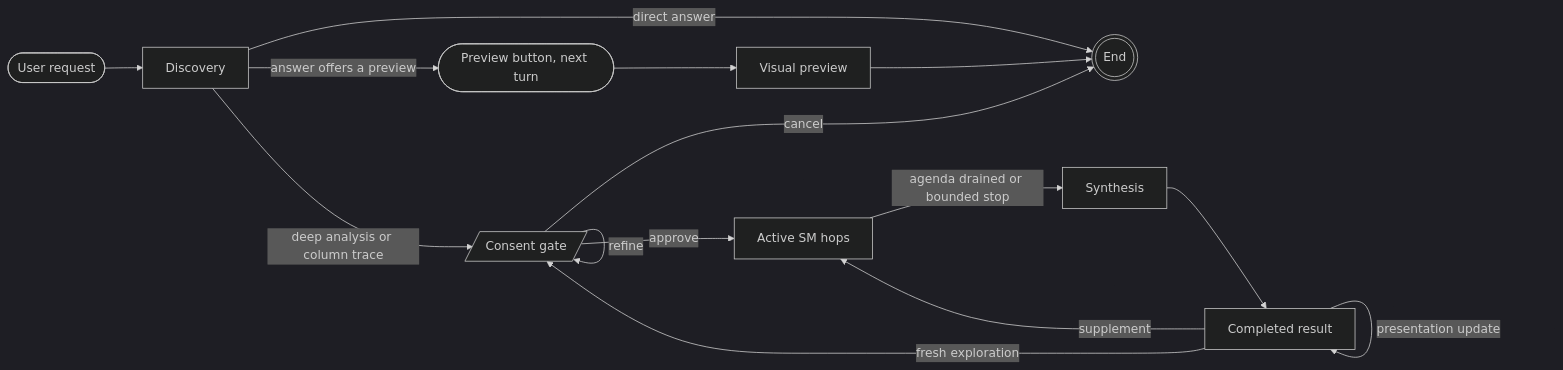
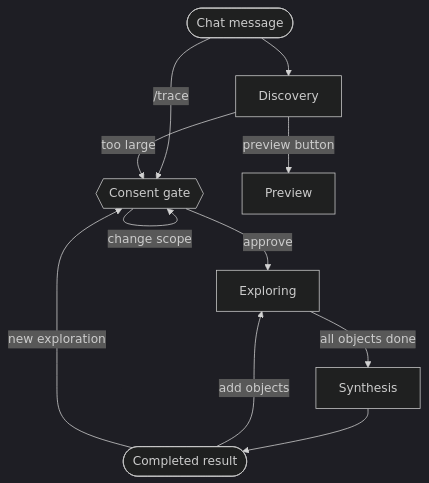
The second of 2 diagrams in docs/ARCHITECTURE.md (ChrisDevRepo/vscode_data_lineage), drawn with Mermaid (dark theme) before and after one commit. The commit also changed other lines of this file and 488 other files, not shown here.

````diff
--- a/docs/ARCHITECTURE.md
+++ b/docs/ARCHITECTURE.md
@@ -185,15 +38,13 @@
 ```mermaid
-flowchart LR
-    Q([User request]) --> D[Discovery]
-    D -->|direct answer| END(((End)))
-    D -->|answer offers a preview| PB([Preview button, next turn]) --> P[Visual preview] --> END
-    D -->|deep analysis or column trace| G[/Consent gate/]
-    G -->|refine| G
-    G -->|cancel| END
-    G -->|approve| A[Active SM hops]
-    A -->|agenda drained or bounded stop| S[Synthesis]
-    S --> C[Completed result]
-    C -->|presentation update| C
-    C -->|supplement| A
-    C -->|fresh exploration| G
+flowchart TB
+    Q([Chat message]) --> D[Discovery]
+    Q -->|/trace| G
+    D -->|preview button| P[Preview]
+    D -->|too large| G{{Consent gate}}
+    G -->|change scope| G
+    G -->|approve| X[Exploring]
+    X -->|all objects done| S[Synthesis]
+    S --> C([Completed result])
+    C -->|add objects| X
+    C -->|new exploration| G
 ```
````
